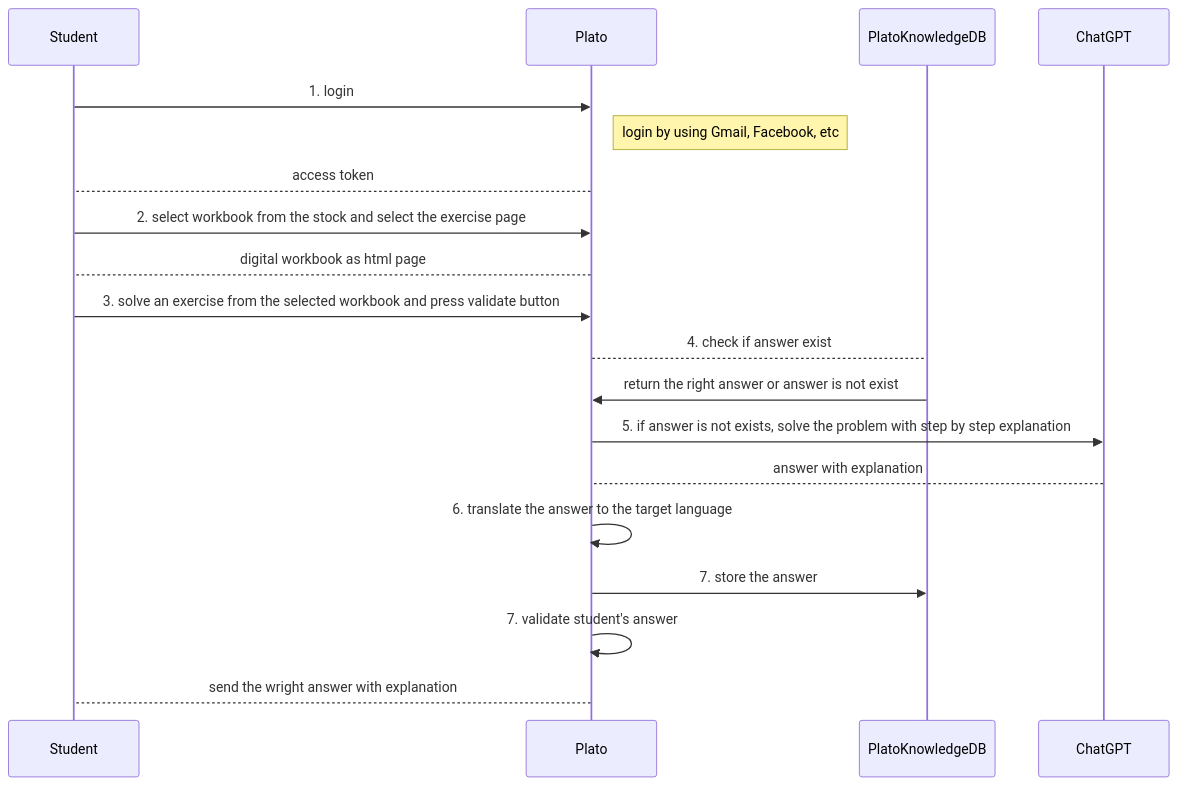
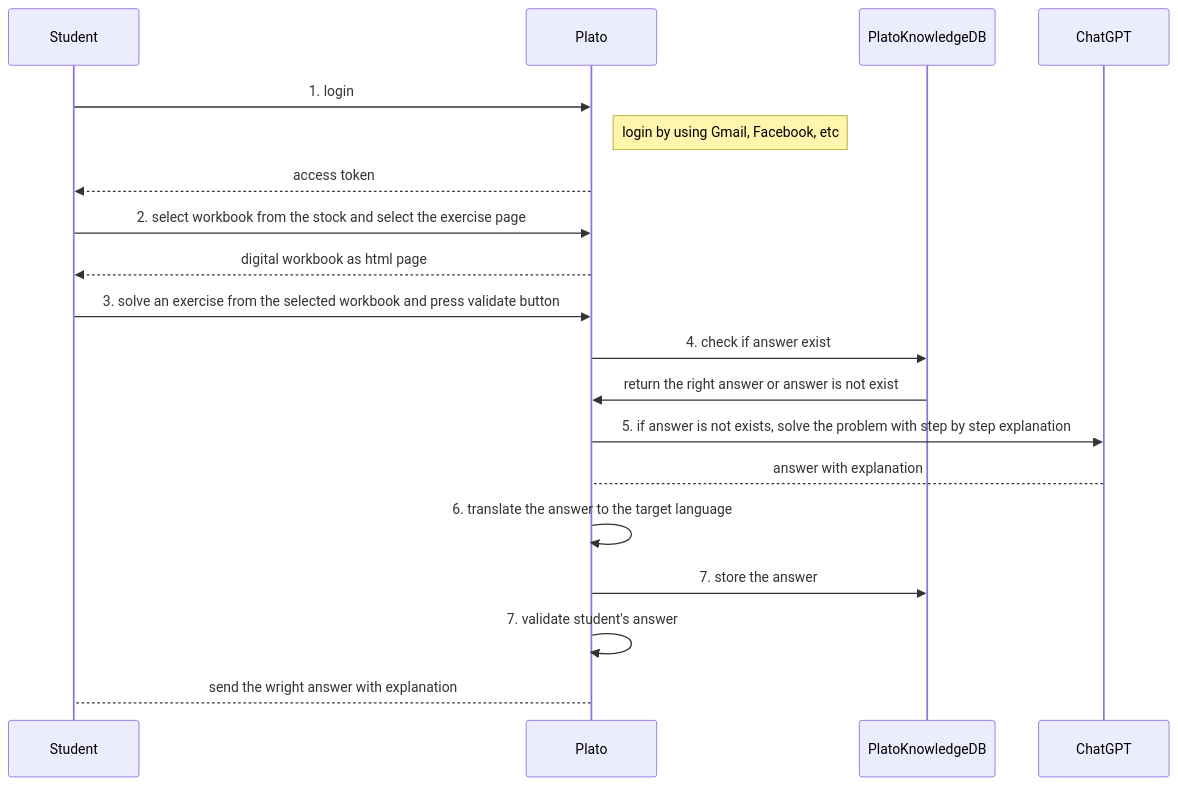
One commit to dimastatz/plato changed the second of 2 diagrams in docs/design.md. Above: the diagram before and after it, drawn with Mermaid.

Commit message:
add questions

````diff
--- a/docs/design.md
+++ b/docs/design.md
@@ -59,20 +59,20 @@
 ```mermaid
 sequenceDiagram
 
 Student->>Plato: 1. login
 Note right of Plato: login by using Gmail, Facebook, etc 
-Plato-->Student: access token
+Plato-->>Student: access token
 
 Student->>Plato: 2. select workbook from the stock and select the exercise page
-Plato-->Student: digital workbook as html page 
+Plato-->>Student: digital workbook as html page 
 
 Student->>Plato: 3. solve an exercise from the selected workbook and press validate button
-Plato-->PlatoKnowledgeDB: 4. check if answer exist
+Plato->>PlatoKnowledgeDB: 4. check if answer exist
 PlatoKnowledgeDB->>Plato: return the right answer or answer is not exist
 Plato->>ChatGPT: 5. if answer is not exists, solve the problem with step by step explanation 
 ChatGPT-->Plato: answer with explanation
 Plato->>Plato: 6. translate the answer to the target language
 Plato->>PlatoKnowledgeDB: 7. store the answer
 Plato->>Plato: 7. validate student's answer
 Plato-->Student: send the wright answer with explanation
 ```
````
